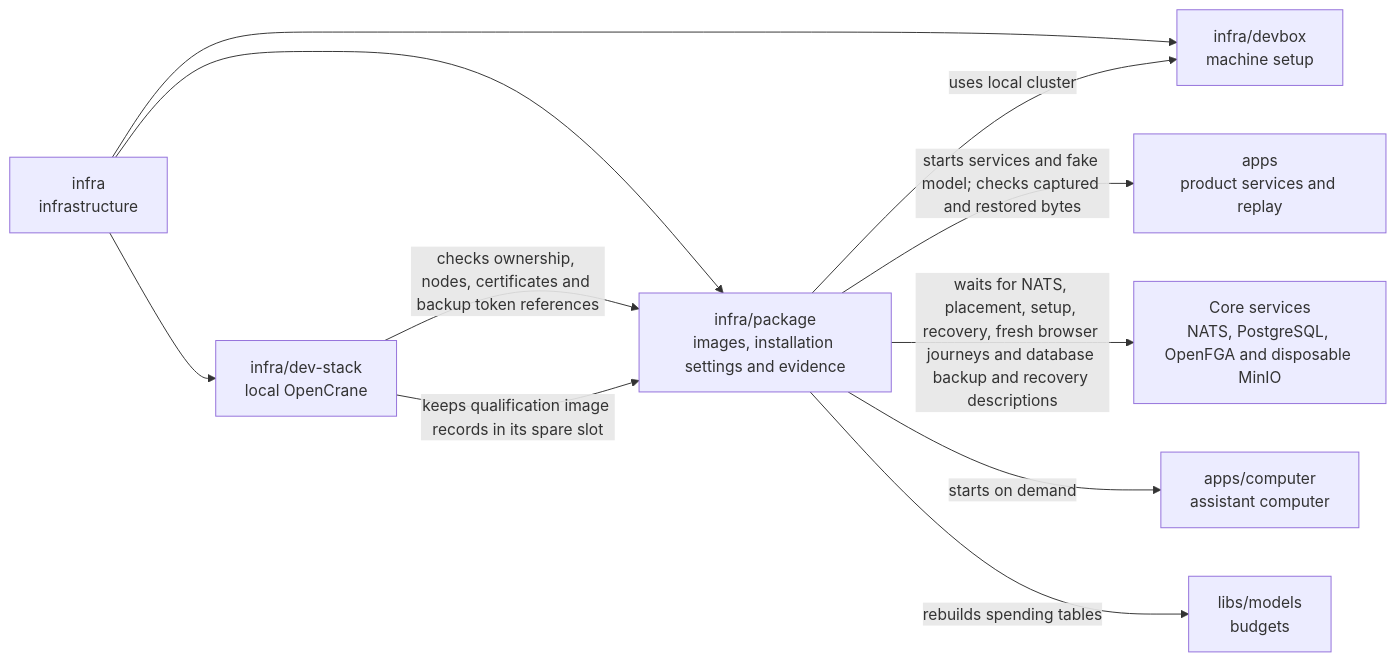
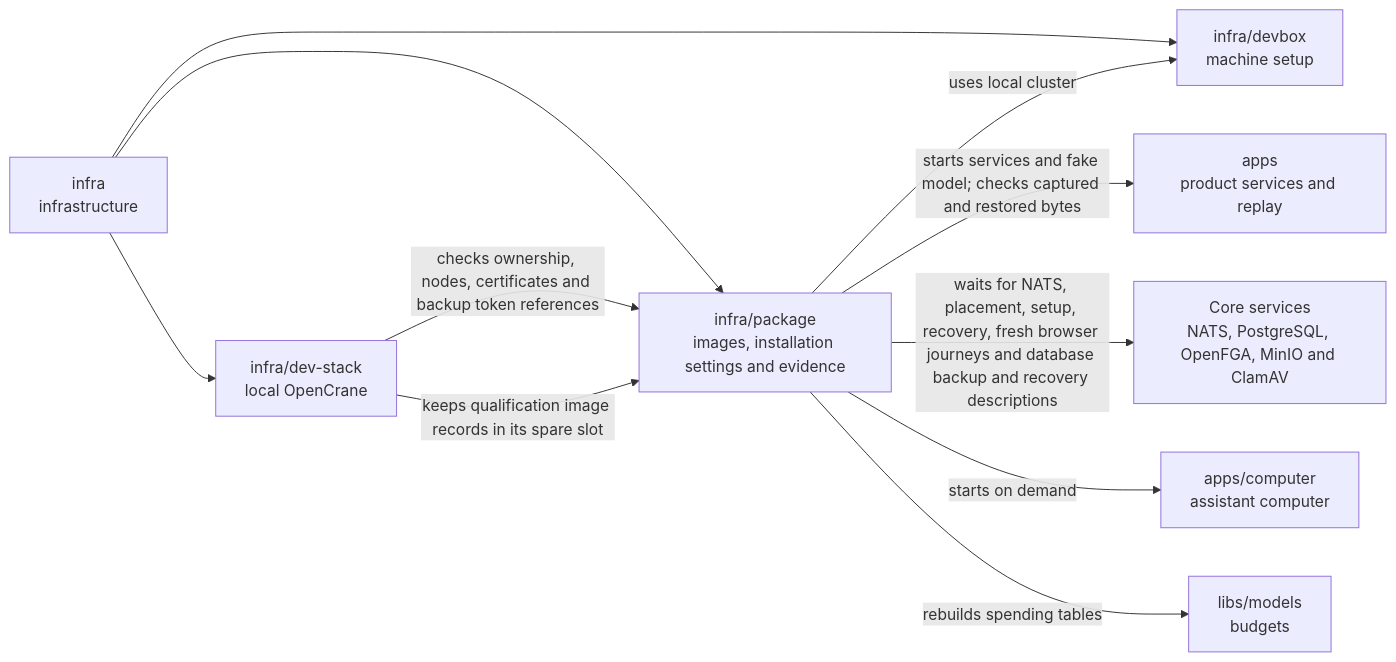
Before and after one commit to elewa-git/opencrane-new: the diagram in infra/package/README.md, drawn with Mermaid. The commit also changed other lines of this file and 46 other files, not shown here.

````diff
--- a/infra/package/README.md
+++ b/infra/package/README.md
@@ -19,13 +19,13 @@
 ```mermaid
 flowchart LR
   infra["infra<br/>infrastructure"] --> package["infra/package<br/>images, installation settings and evidence"]
   infra --> stack["infra/dev-stack<br/>local OpenCrane"]
   infra --> devbox["infra/devbox<br/>machine setup"]
   stack -->|checks ownership, nodes, certificates and backup token references| package
   package -->|uses local cluster| devbox
   package -->|starts services and fake model; checks captured and restored bytes| apps["apps<br/>product services and replay"]
-  package -->|waits for NATS, placement, setup, recovery, fresh browser journeys and database backup and recovery descriptions| services["Core services<br/>NATS, PostgreSQL, OpenFGA and disposable MinIO"]
+  package -->|waits for NATS, placement, setup, recovery, fresh browser journeys and database backup and recovery descriptions| services["Core services<br/>NATS, PostgreSQL, OpenFGA, MinIO and ClamAV"]
   package -->|starts on demand| computer["apps/computer<br/>assistant computer"]
   package -->|rebuilds spending tables| models["libs/models<br/>budgets"]
   stack -->|keeps qualification image records in its spare slot| package
 ```
````
